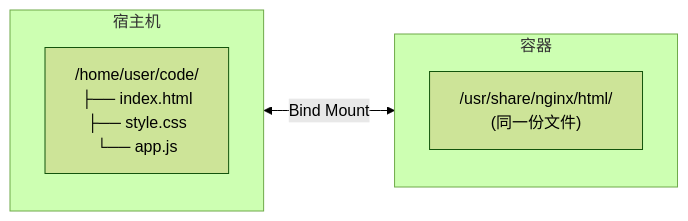
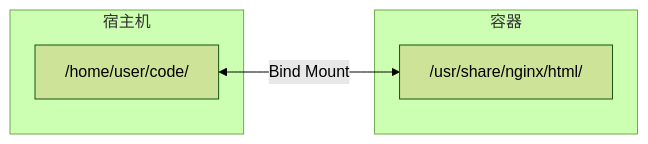
The diagram in 08_data/8.2_bind-mounts.md (yeasy/docker_practice), drawn with Mermaid (forest theme) before and after one commit. The commit also changed other lines of this file and 24 other files, not shown here.

````diff
--- a/08_data/8.2_bind-mounts.md
+++ b/08_data/8.2_bind-mounts.md
@@ -7,14 +7,12 @@
 ```mermaid
 flowchart LR
     subgraph Host ["宿主机"]
-        direction TB
-        Dir1["/home/user/code/<br/>├── index.html<br/>├── style.css<br/>└── app.js"]
+        Dir1["/home/user/code/"]
     end
     
     subgraph Container ["容器"]
-        direction TB
-        Dir2["/usr/share/nginx/html/<br/>(同一份文件)"]
+        Dir2["/usr/share/nginx/html/"]
     end
     
     Dir1 <-->|Bind Mount| Dir2
 ```
````
